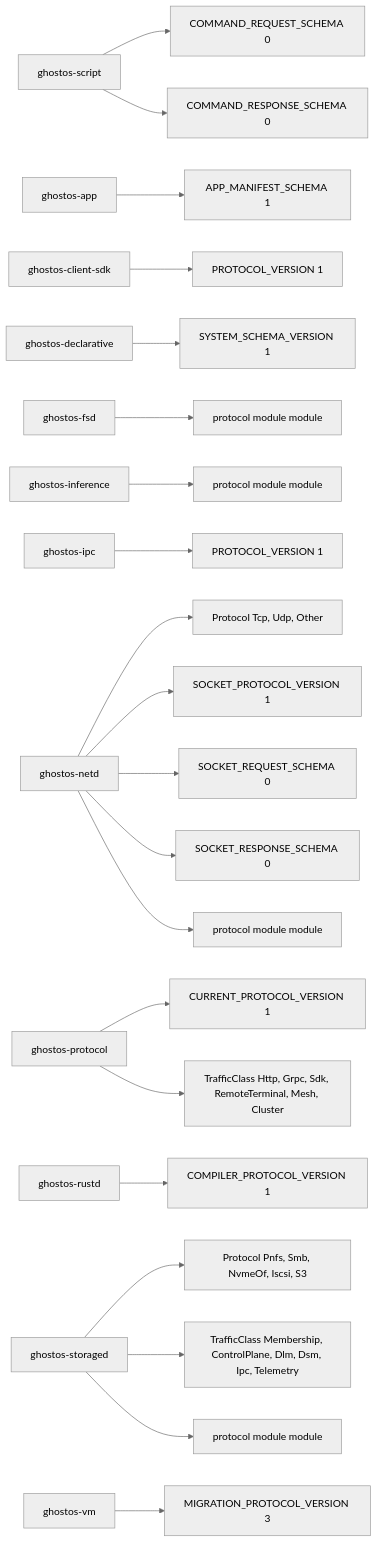
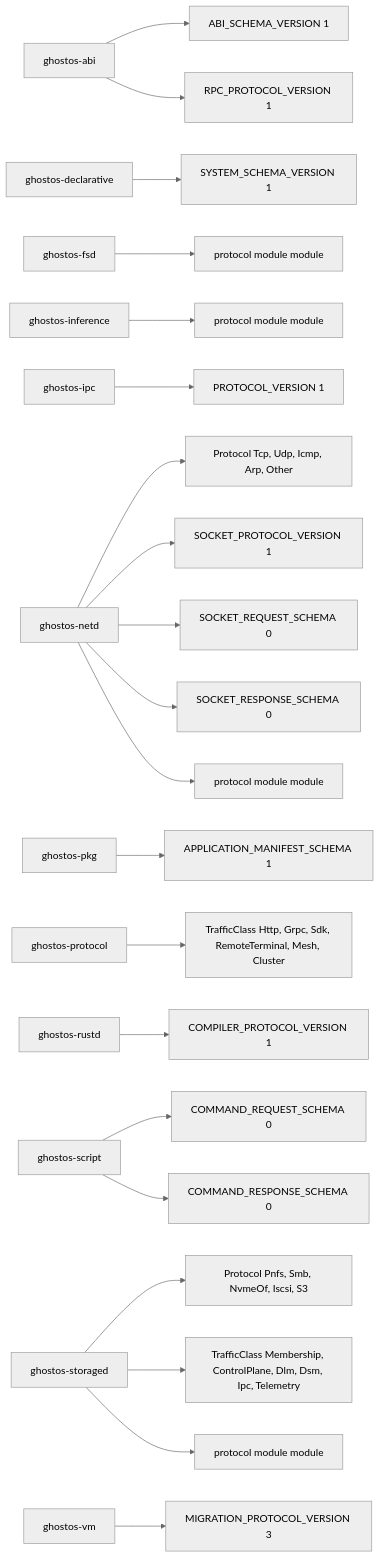
Before and after one commit to MickyBalladelli/GhostOS: the third of 6 diagrams in docs/inventory-diagrams.md, drawn with Mermaid (neutral theme). The commit also changed other lines of this file and 86 other files, not shown here.

````diff
--- a/docs/inventory-diagrams.md
+++ b/docs/inventory-diagrams.md
@@ -376,55 +453,55 @@
 ```mermaid
 graph LR
-    protocol_APP_MANIFEST_SCHEMA__ghostos_app__crates_app_src_manifest_rs["APP_MANIFEST_SCHEMA 1"]
+    protocol_ABI_SCHEMA_VERSION__ghostos_abi__crates_abi_src_generated_rs["ABI_SCHEMA_VERSION 1"]
+    protocol_APPLICATION_MANIFEST_SCHEMA__ghostos_pkg__crates_pkg_src_lib_rs["APPLICATION_MANIFEST_SCHEMA 1"]
     protocol_COMMAND_REQUEST_SCHEMA__ghostos_script__crates_ghostos_script_src_wire_rs["COMMAND_REQUEST_SCHEMA 0"]
     protocol_COMMAND_RESPONSE_SCHEMA__ghostos_script__crates_ghostos_script_src_wire_rs["COMMAND_RESPONSE_SCHEMA 0"]
     protocol_COMPILER_PROTOCOL_VERSION__ghostos_rustd__crates_ghostos_rustd_src_design_rs["COMPILER_PROTOCOL_VERSION 1"]
-    protocol_CURRENT_PROTOCOL_VERSION__ghostos_protocol__crates_protocol_src_lib_rs["CURRENT_PROTOCOL_VERSION 1"]
     protocol_MIGRATION_PROTOCOL_VERSION__ghostos_vm__virtual_machine_src_control_rs["MIGRATION_PROTOCOL_VERSION 3"]
-    protocol_PROTOCOL_VERSION__ghostos_client_sdk__crates_client_sdk_src_wire_rs["PROTOCOL_VERSION 1"]
     protocol_PROTOCOL_VERSION__ghostos_ipc__crates_ipc_src_lib_rs["PROTOCOL_VERSION 1"]
-    protocol_Protocol__ghostos_netd__crates_netd_src_firewall_rs["Protocol Tcp, Udp, Other"]
+    protocol_Protocol__ghostos_netd__crates_netd_src_firewall_rs["Protocol Tcp, Udp, Icmp, Arp, Other"]
     protocol_Protocol__ghostos_storaged__crates_ghostos_storaged_src_protocol_rs["Protocol Pnfs, Smb, NvmeOf, Iscsi, S3"]
+    protocol_RPC_PROTOCOL_VERSION__ghostos_abi__crates_abi_src_generated_rs["RPC_PROTOCOL_VERSION 1"]
     protocol_SOCKET_PROTOCOL_VERSION__ghostos_netd__crates_netd_src_protocol_rs["SOCKET_PROTOCOL_VERSION 1"]
     protocol_SOCKET_REQUEST_SCHEMA__ghostos_netd__crates_netd_src_protocol_rs["SOCKET_REQUEST_SCHEMA 0"]
     protocol_SOCKET_RESPONSE_SCHEMA__ghostos_netd__crates_netd_src_protocol_rs["SOCKET_RESPONSE_SCHEMA 0"]
     protocol_SYSTEM_SCHEMA_VERSION__ghostos_declarative__crates_ghostos_declarative_src_parser_rs["SYSTEM_SCHEMA_VERSION 1"]
     protocol_TrafficClass__ghostos_protocol__crates_protocol_src_lib_rs["TrafficClass Http, Grpc, Sdk, RemoteTerminal, Mesh, Cluster"]
     protocol_TrafficClass__ghostos_storaged__crates_ghostos_storaged_src_security_rs["TrafficClass Membership, ControlPlane, Dlm, Dsm, Ipc, Telemetry"]
-    protocol_crate__ghostos_script["ghostos-script"]
-    protocol_crate__ghostos_app["ghostos-app"]
-    protocol_crate__ghostos_client_sdk["ghostos-client-sdk"]
+    protocol_crate__ghostos_abi["ghostos-abi"]
     protocol_crate__ghostos_declarative["ghostos-declarative"]
     protocol_crate__ghostos_fsd["ghostos-fsd"]
     protocol_crate__ghostos_inference["ghostos-inference"]
     protocol_crate__ghostos_ipc["ghostos-ipc"]
     protocol_crate__ghostos_netd["ghostos-netd"]
+    protocol_crate__ghostos_pkg["ghostos-pkg"]
     protocol_crate__ghostos_protocol["ghostos-protocol"]
     protocol_crate__ghostos_rustd["ghostos-rustd"]
+    protocol_crate__ghostos_script["ghostos-script"]
     protocol_crate__ghostos_storaged["ghostos-storaged"]
     protocol_crate__ghostos_vm["ghostos-vm"]
     protocol_protocol_module__ghostos_fsd__crates_fsd_src_protocol_rs["protocol module module"]
     protocol_protocol_module__ghostos_inference__crates_ghostos_inference_src_protocol_rs["protocol module module"]
     protocol_protocol_module__ghostos_netd__crates_netd_src_protocol_rs["protocol module module"]
     protocol_protocol_module__ghostos_storaged__crates_ghostos_storaged_src_protocol_rs["protocol module module"]
-    protocol_crate__ghostos_script --> protocol_COMMAND_REQUEST_SCHEMA__ghostos_script__crates_ghostos_script_src_wire_rs
-    protocol_crate__ghostos_script --> protocol_COMMAND_RESPONSE_SCHEMA__ghostos_script__crates_ghostos_script_src_wire_rs
-    protocol_crate__ghostos_app --> protocol_APP_MANIFEST_SCHEMA__ghostos_app__crates_app_src_manifest_rs
-    protocol_crate__ghostos_client_sdk --> protocol_PROTOCOL_VERSION__ghostos_client_sdk__crates_client_sdk_src_wire_rs
+    protocol_crate__ghostos_abi --> protocol_ABI_SCHEMA_VERSION__ghostos_abi__crates_abi_src_generated_rs
+    protocol_crate__ghostos_abi --> protocol_RPC_PROTOCOL_VERSION__ghostos_abi__crates_abi_src_generated_rs
     protocol_crate__ghostos_declarative --> protocol_SYSTEM_SCHEMA_VERSION__ghostos_declarative__crates_ghostos_declarative_src_parser_rs
     protocol_crate__ghostos_fsd --> protocol_protocol_module__ghostos_fsd__crates_fsd_src_protocol_rs
     protocol_crate__ghostos_inference --> protocol_protocol_module__ghostos_inference__crates_ghostos_inference_src_protocol_rs
     protocol_crate__ghostos_ipc --> protocol_PROTOCOL_VERSION__ghostos_ipc__crates_ipc_src_lib_rs
     protocol_crate__ghostos_netd --> protocol_Protocol__ghostos_netd__crates_netd_src_firewall_rs
     protocol_crate__ghostos_netd --> protocol_SOCKET_PROTOCOL_VERSION__ghostos_netd__crates_netd_src_protocol_rs
     protocol_crate__ghostos_netd --> protocol_SOCKET_REQUEST_SCHEMA__ghostos_netd__crates_netd_src_protocol_rs
     protocol_crate__ghostos_netd --> protocol_SOCKET_RESPONSE_SCHEMA__ghostos_netd__crates_netd_src_protocol_rs
     protocol_crate__ghostos_netd --> protocol_protocol_module__ghostos_netd__crates_netd_src_protocol_rs
-    protocol_crate__ghostos_protocol --> protocol_CURRENT_PROTOCOL_VERSION__ghostos_protocol__crates_protocol_src_lib_rs
+    protocol_crate__ghostos_pkg --> protocol_APPLICATION_MANIFEST_SCHEMA__ghostos_pkg__crates_pkg_src_lib_rs
     protocol_crate__ghostos_protocol --> protocol_TrafficClass__ghostos_protocol__crates_protocol_src_lib_rs
     protocol_crate__ghostos_rustd --> protocol_COMPILER_PROTOCOL_VERSION__ghostos_rustd__crates_ghostos_rustd_src_design_rs
+    protocol_crate__ghostos_script --> protocol_COMMAND_REQUEST_SCHEMA__ghostos_script__crates_ghostos_script_src_wire_rs
+    protocol_crate__ghostos_script --> protocol_COMMAND_RESPONSE_SCHEMA__ghostos_script__crates_ghostos_script_src_wire_rs
     protocol_crate__ghostos_storaged --> protocol_Protocol__ghostos_storaged__crates_ghostos_storaged_src_protocol_rs
     protocol_crate__ghostos_storaged --> protocol_TrafficClass__ghostos_storaged__crates_ghostos_storaged_src_security_rs
     protocol_crate__ghostos_storaged --> protocol_protocol_module__ghostos_storaged__crates_ghostos_storaged_src_protocol_rs
     protocol_crate__ghostos_vm --> protocol_MIGRATION_PROTOCOL_VERSION__ghostos_vm__virtual_machine_src_control_rs
 ```
````
